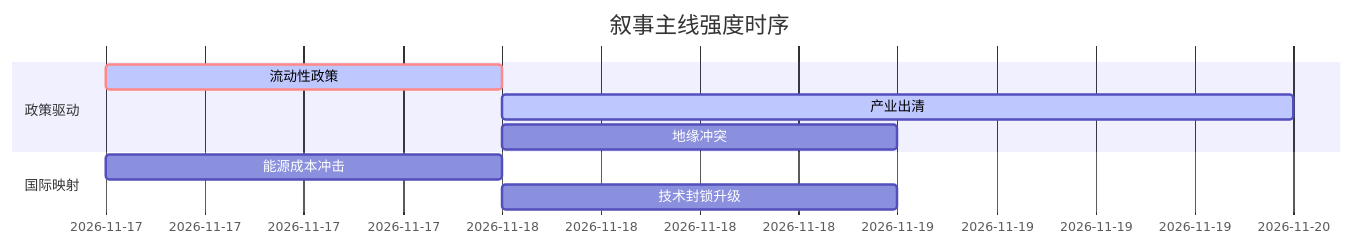
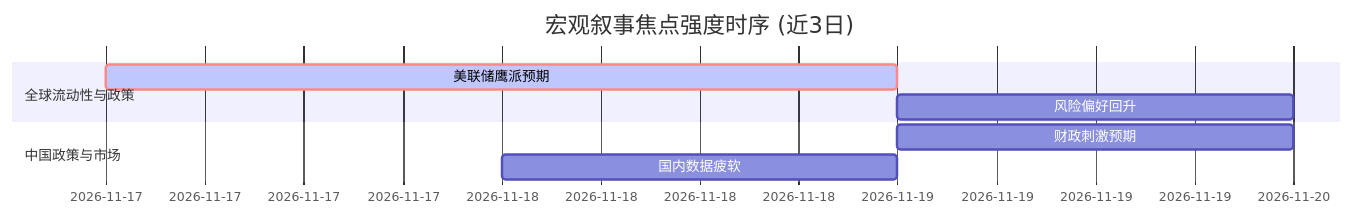
One commit to uu5zn/uu5zn.github.io changed the diagram in 5day_report.md. Above: the diagram before and after it, drawn with Mermaid. The commit also changed other lines of this file and 24 other files, not shown here.

````diff
--- a/5day_report.md
+++ b/5day_report.md
@@ -53,13 +60,12 @@
 ```mermaid
 gantt
-    title 叙事主线强度时序
+    title 宏观叙事焦点强度时序 (近3日)
     dateFormat  YYYY-MM-DD
-    section 政策驱动
-    流动性政策   :crit, active, 2026-11-17, 1d
-    产业出清     :active, 2026-11-18, 2d
-    地缘冲突     :2026-11-18, 1d
+    section 全球流动性与政策
+    美联储鹰派预期   :crit, active, 2026-11-17, 2d
+    风险偏好回升   :2026-11-19, 1d
     
-    section 国际映射
-    能源成本冲击   :2026-11-17, 1d
-    技术封锁升级   :2026-11-18, 1d
+    section 中国政策与市场
+    财政刺激预期   :2026-11-19, 1d
+    国内数据疲软   :2026-11-18, 1d
 ```
````
